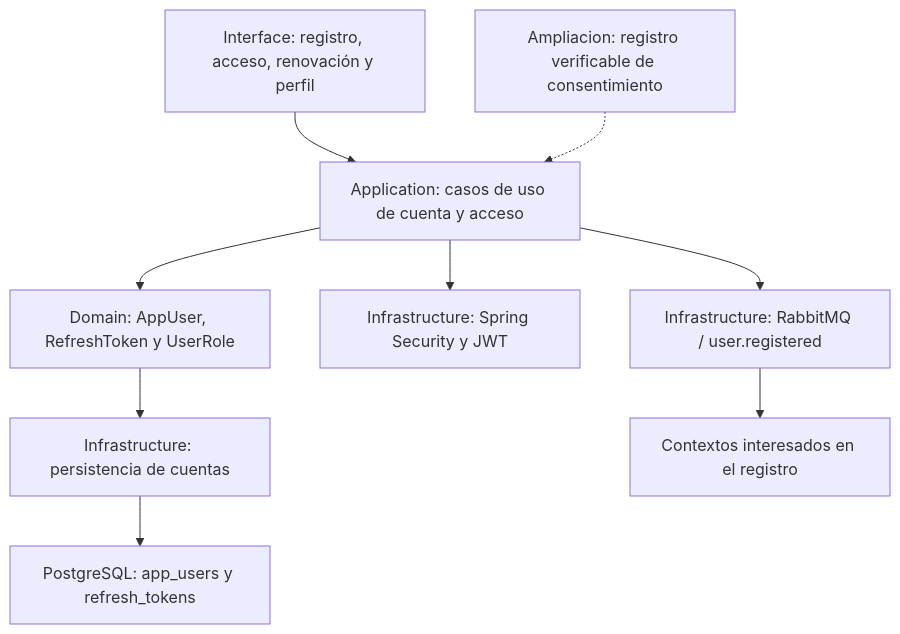
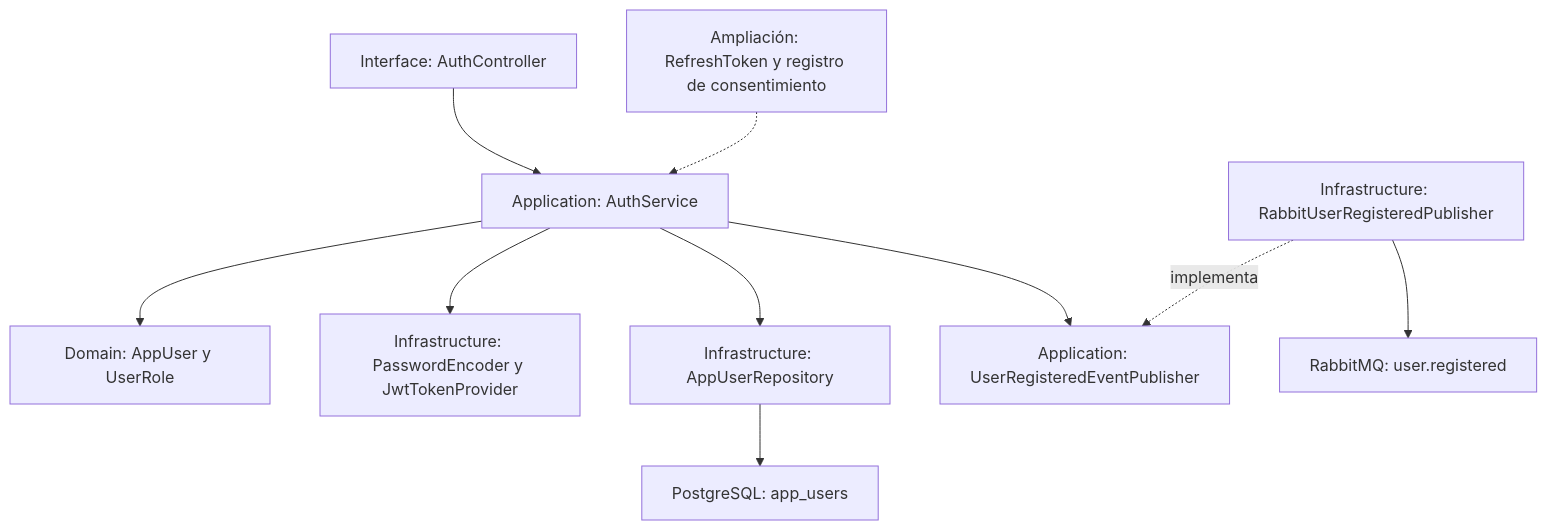
One commit to upc-pre-202620-si728-16365-thropic/talki-project-report changed the diagram in assets/diagrams/tactical/08-identity-access-components.mmd. Above: the diagram before and after it, drawn with Mermaid. The commit also changed 23 other files, not shown here.

```diff
--- a/assets/diagrams/tactical/08-identity-access-components.mmd
+++ b/assets/diagrams/tactical/08-identity-access-components.mmd
@@ -1,9 +1,10 @@
 flowchart TB
-  input["Interface: registro, acceso, renovación y perfil"] --> app["Application: casos de uso de cuenta y acceso"]
-  app --> model["Domain: AppUser, RefreshToken y UserRole"]
-  app --> security["Infrastructure: Spring Security y JWT"]
-  model --> repo["Infrastructure: persistencia de cuentas"]
-  repo --> db["PostgreSQL: app_users y refresh_tokens"]
-  app --> broker["Infrastructure: RabbitMQ / user.registered"]
-  broker --> others["Contextos interesados en el registro"]
-  consent["Ampliacion: registro verificable de consentimiento"] -.-> app
+  input["Interface: AuthController"] --> app["Application: AuthService"]
+  app --> model["Domain: AppUser y UserRole"]
+  app --> security["Infrastructure: PasswordEncoder y JwtTokenProvider"]
+  app --> repo["Infrastructure: AppUserRepository"]
+  repo --> db["PostgreSQL: app_users"]
+  app --> port["Application: UserRegisteredEventPublisher"]
+  adapter["Infrastructure: RabbitUserRegisteredPublisher"] -. implementa .-> port
+  adapter --> others["RabbitMQ: user.registered"]
+  proposal["Ampliación: RefreshToken y registro de consentimiento"] -.-> app
```
